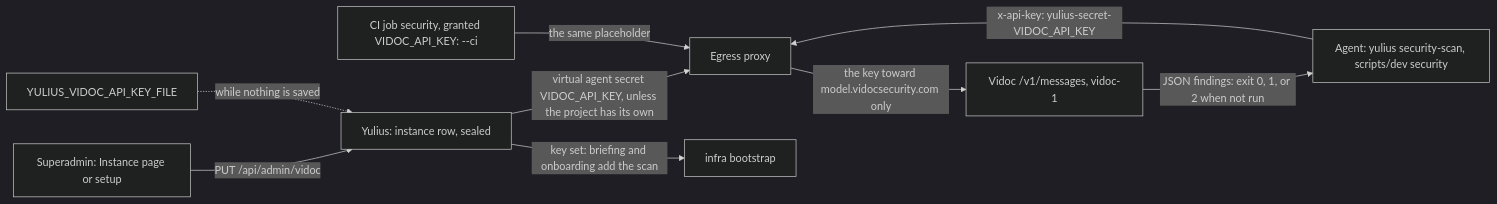
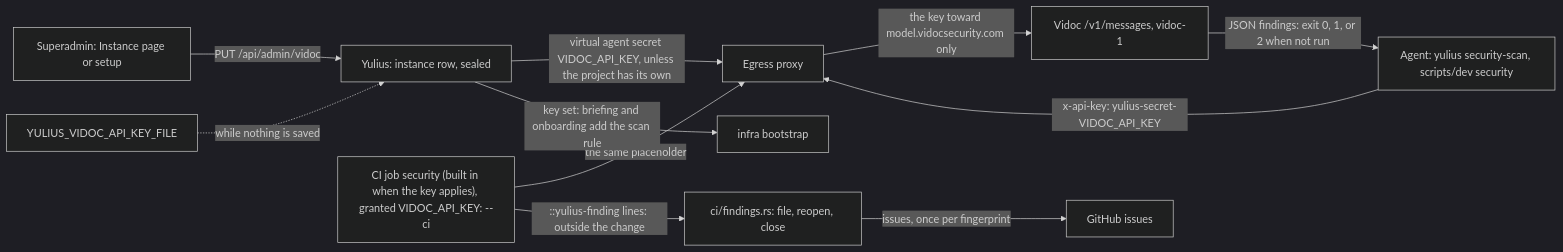
Before and after one commit to Quartio-Studio/yulius: diagram 23 of 45 in docs/architecture.md, drawn with Mermaid (dark theme). The commit also changed other lines of this file and 45 other files, not shown here.

First line of the commit message:
feat(security): vidoc security didn't work for a while and it should work now, you can inspect s… (#658)

````diff
--- a/docs/architecture.md
+++ b/docs/architecture.md
@@ -885,11 +895,13 @@
 ```mermaid
 flowchart LR
   SA["Superadmin: Instance page or setup"] -->|"PUT /api/admin/vidoc"| APP["Yulius: instance row, sealed"]
   FILE["YULIUS_VIDOC_API_KEY_FILE"] -.->|"while nothing is saved"| APP
   APP -->|"virtual agent secret VIDOC_API_KEY, unless the project has its own"| PX["Egress proxy"]
   AG["Agent: yulius security-scan, scripts/dev security"] -->|"x-api-key: yulius-secret-VIDOC_API_KEY"| PX
-  CI["CI job security, granted VIDOC_API_KEY: --ci"] -->|"the same placeholder"| PX
+  CI["CI job security (built in when the key applies), granted VIDOC_API_KEY: --ci"] -->|"the same placeholder"| PX
   PX -->|"the key toward model.vidocsecurity.com only"| V["Vidoc /v1/messages, vidoc-1"]
   V -->|"JSON findings: exit 0, 1, or 2 when not run"| AG
-  APP -->|"key set: briefing and onboarding add the scan"| BOOT["infra bootstrap"]
+  CI -->|"::yulius-finding lines: outside the change"| ISS["ci/findings.rs: file, reopen, close"]
+  ISS -->|"issues, once per fingerprint"| GH["GitHub issues"]
+  APP -->|"key set: briefing and onboarding add the scan rule"| BOOT["infra bootstrap"]
 ```
````
